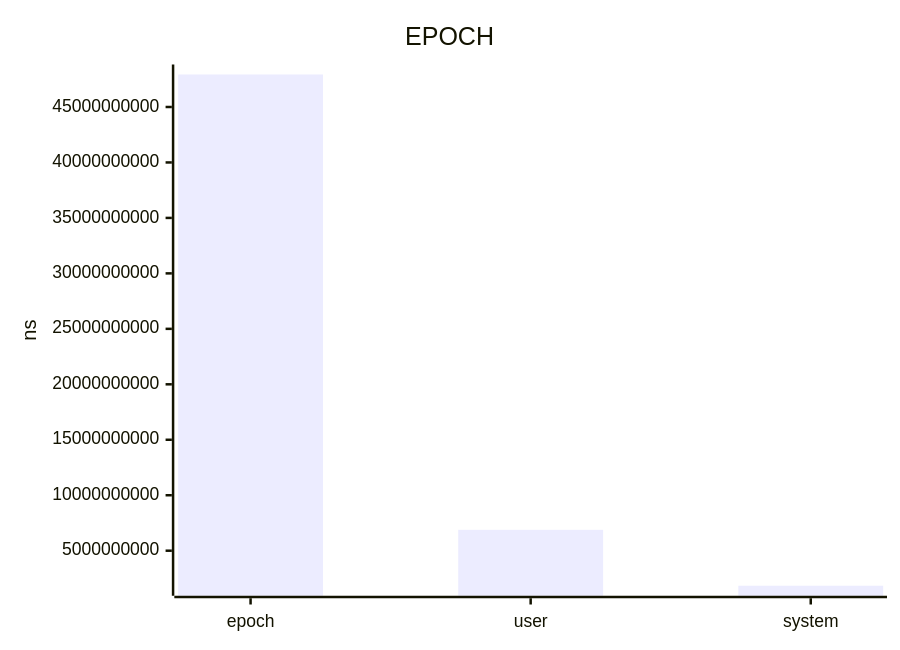
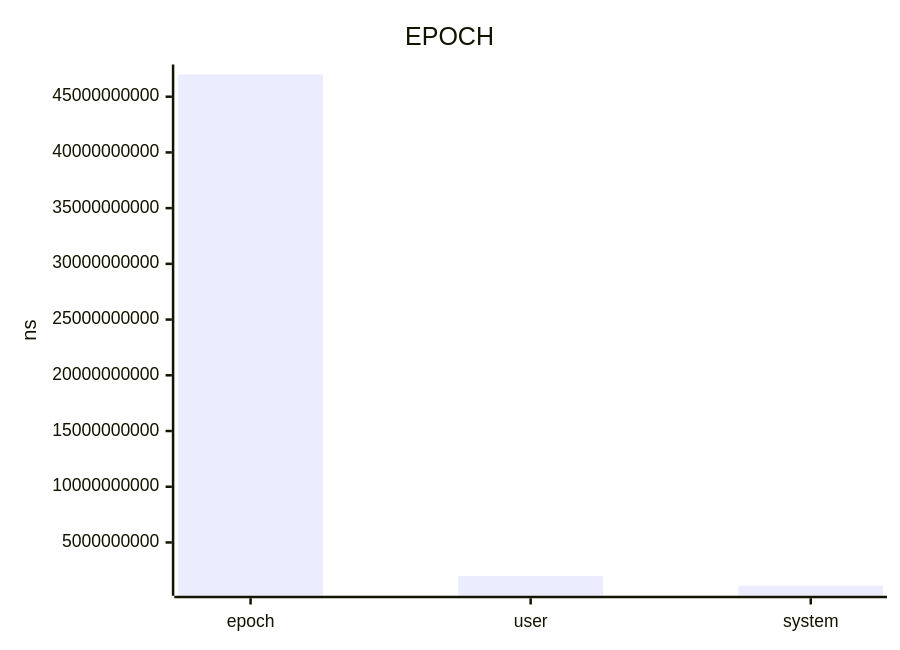
One commit to jrengmusic/whatdbg changed the diagram in benchmark/smoke-report.md. Above: the diagram before and after it, drawn with Mermaid. The commit also changed other lines of this file and 5 other files, not shown here.

````diff
--- a/benchmark/smoke-report.md
+++ b/benchmark/smoke-report.md
@@ -24,7 +21,7 @@
 ```mermaid
 xychart-beta
 title "EPOCH"
 x-axis ["epoch", "user", "system"]
 y-axis "ns"
-bar [47928648083.33333587646484375, 6883662000.00000000000000000, 1840118000.00000000000000000]
+bar [46991927375.00000000000000000, 2001887000.00000000000000000, 1114940000.00000000000000000]
 ```
````
